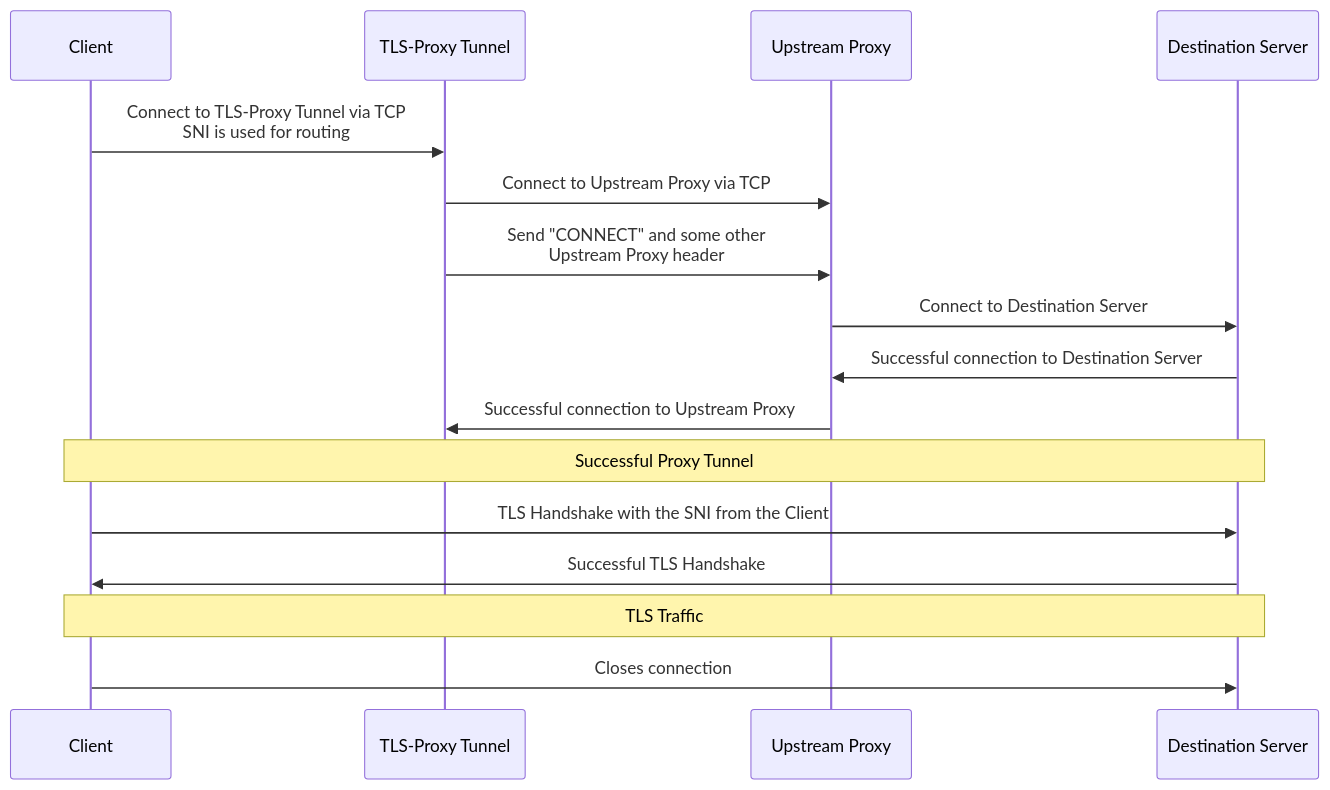
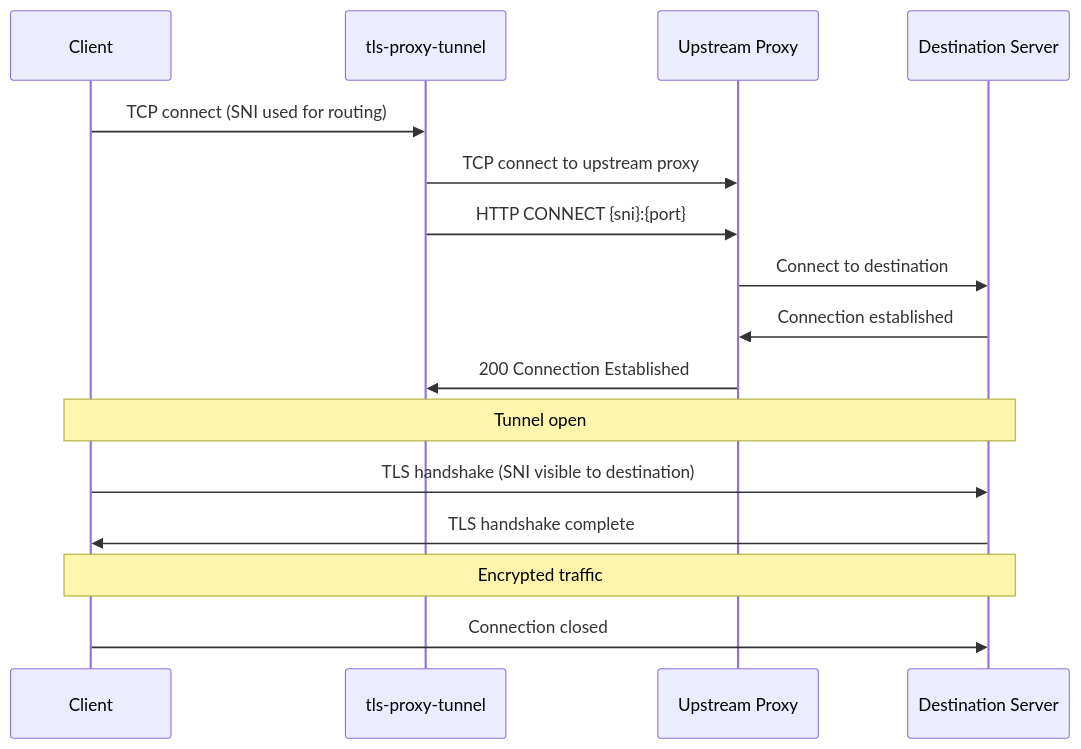
The diagram in README.md (git001/tls-proxy-tunnel), drawn with Mermaid before and after one commit. The commit also changed other lines of this file and 2 other files, not shown here.

````diff
--- a/README.md
+++ b/README.md
@@ -20,20 +21,19 @@
 ```mermaid
 sequenceDiagram
-
   participant CL AS Client
-  participant LP AS TLS-Proxy Tunnel
+  participant LP AS tls-proxy-tunnel
   participant UP AS Upstream Proxy
   participant DS AS Destination Server
 
-  CL->>LP: Connect to TLS-Proxy Tunnel via TCP<br/>SNI is used for routing
-  LP->>UP: Connect to Upstream Proxy via TCP
-  LP->>UP: Send "CONNECT" and some other<br/>Upstream Proxy header
-  UP->>DS: Connect to Destination Server
-  DS->>UP: Successful connection to Destination Server
-  UP->>LP: Successful connection to Upstream Proxy
-  Note over CL,DS: Successful Proxy Tunnel
-  CL->>DS: TLS Handshake with the SNI from the Client
-  DS->>CL: Successful TLS Handshake
-  Note over DS,CL: TLS Traffic
-  CL->>DS: Closes connection
+  CL->>LP: TCP connect (SNI used for routing)
+  LP->>UP: TCP connect to upstream proxy
+  LP->>UP: HTTP CONNECT {sni}:{port}
+  UP->>DS: Connect to destination
+  DS->>UP: Connection established
+  UP->>LP: 200 Connection Established
+  Note over CL,DS: Tunnel open
+  CL->>DS: TLS handshake (SNI visible to destination)
+  DS->>CL: TLS handshake complete
+  Note over CL,DS: Encrypted traffic
+  CL->>DS: Connection closed
 ```
````
